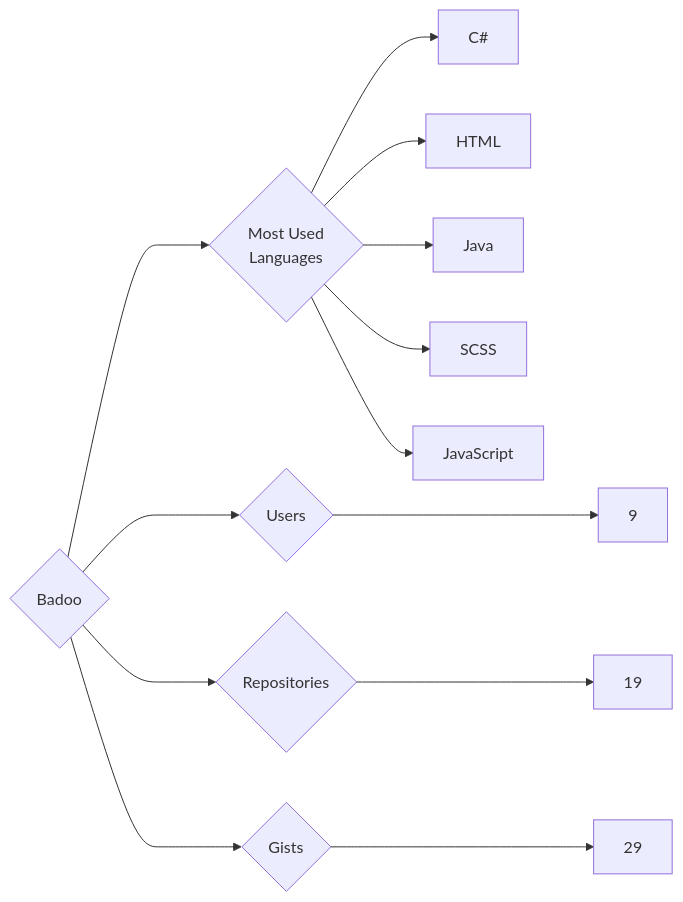
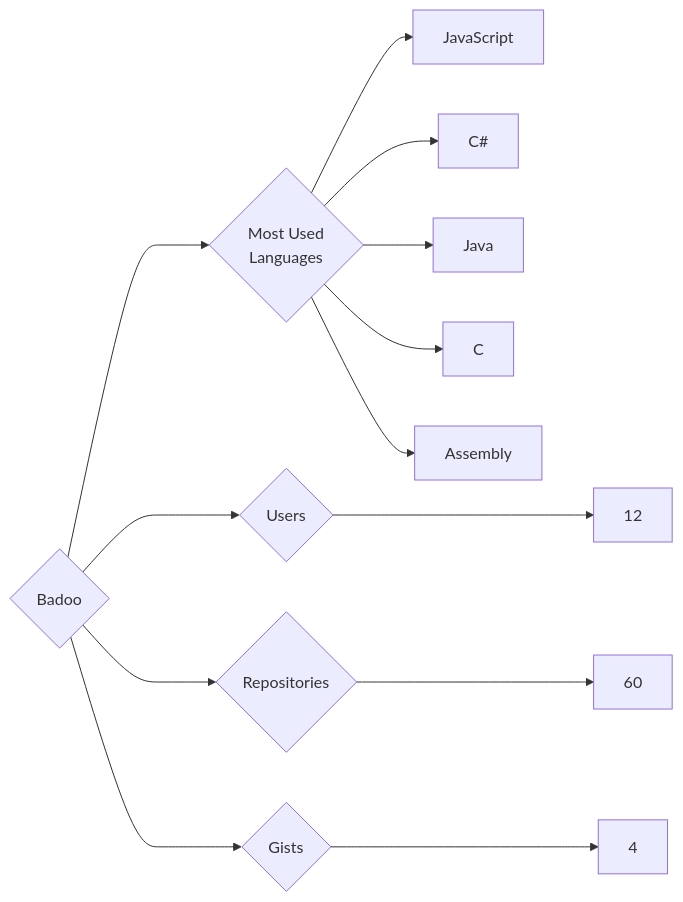
One commit to trickest/insiders changed the diagram in targets/Badoo/README.md. Above: the diagram before and after it, drawn with Mermaid. The commit also changed 1055 other files, not shown here.

````diff
--- a/targets/Badoo/README.md
+++ b/targets/Badoo/README.md
@@ -3,13 +3,13 @@
 ```mermaid
 graph LR
 COMPANY_NAME{Badoo}
-COMPANY_NAME ---> U{Users} ---> UN[9]
-COMPANY_NAME ---> R{Repositories} ---> RN[19]
-COMPANY_NAME ---> G{Gists} ---> GN[29]
+COMPANY_NAME ---> U{Users} ---> UN[12]
+COMPANY_NAME ---> R{Repositories} ---> RN[60]
+COMPANY_NAME ---> G{Gists} ---> GN[4]
 COMPANY_NAME ---> ML{Most Used<br>Languages}
+ML --> JavaScript[JavaScript]
 ML --> C#[C#]
-ML --> HTML[HTML]
 ML --> Java[Java]
-ML --> SCSS[SCSS]
-ML --> JavaScript[JavaScript]
+ML --> C[C]
+ML --> Assembly[Assembly]
 ```
````
